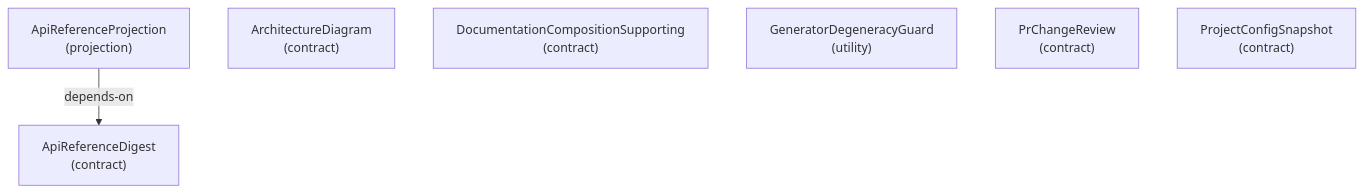
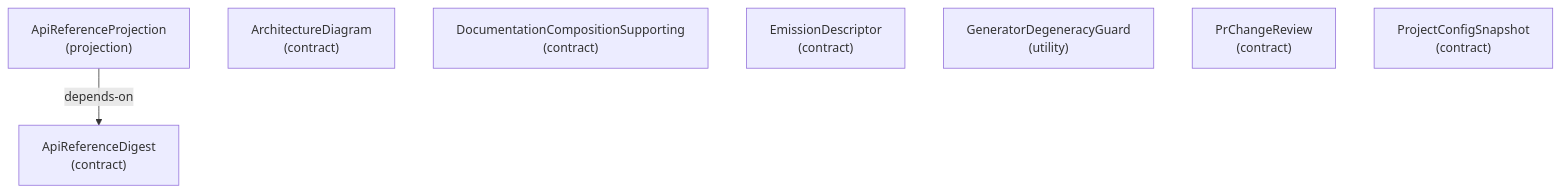
Before and after one commit to libar-dev/architect: the sixth of 23 diagrams in docs-live/ARCHITECTURE.md, drawn with Mermaid. The commit also changed other lines of this file and 74 other files, not shown here.

````diff
--- a/docs-live/ARCHITECTURE.md
+++ b/docs-live/ARCHITECTURE.md
@@ -146,11 +146,12 @@
 ```mermaid
 graph TD
   apireferencedigest["ApiReferenceDigest<br/>(contract)"]
   apireferenceprojection["ApiReferenceProjection<br/>(projection)"]
   architecturediagram["ArchitectureDiagram<br/>(contract)"]
   documentationcompositionsupporting["DocumentationCompositionSupporting<br/>(contract)"]
+  emissiondescriptor["EmissionDescriptor<br/>(contract)"]
   generatordegeneracyguard["GeneratorDegeneracyGuard<br/>(utility)"]
   prchangereview["PrChangeReview<br/>(contract)"]
   projectconfigsnapshot["ProjectConfigSnapshot<br/>(contract)"]
   apireferenceprojection -->|depends-on| apireferencedigest
 ```
````
